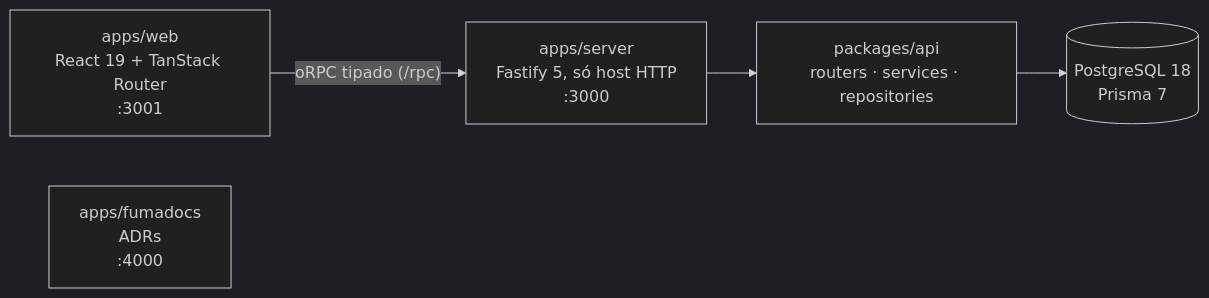
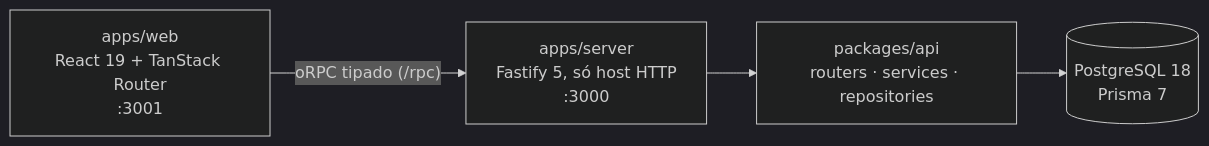
Before and after one commit to TiagoM13/kpi-corp: the diagram in README.md, drawn with Mermaid (dark theme). The commit also changed other lines of this file, not shown here.

````diff
--- a/README.md
+++ b/README.md
@@ -261,12 +253,11 @@
 ```mermaid
 flowchart LR
     web["apps/web<br/>React 19 + TanStack Router<br/>:3001"]
     server["apps/server<br/>Fastify 5, só host HTTP<br/>:3000"]
     api["packages/api<br/>routers · services · repositories"]
     db[("PostgreSQL 18<br/>Prisma 7")]
-    docs["apps/fumadocs<br/>ADRs<br/>:4000"]
 
     web -- "oRPC tipado (/rpc)" --> server
     server --> api
     api --> db
 ```
````
